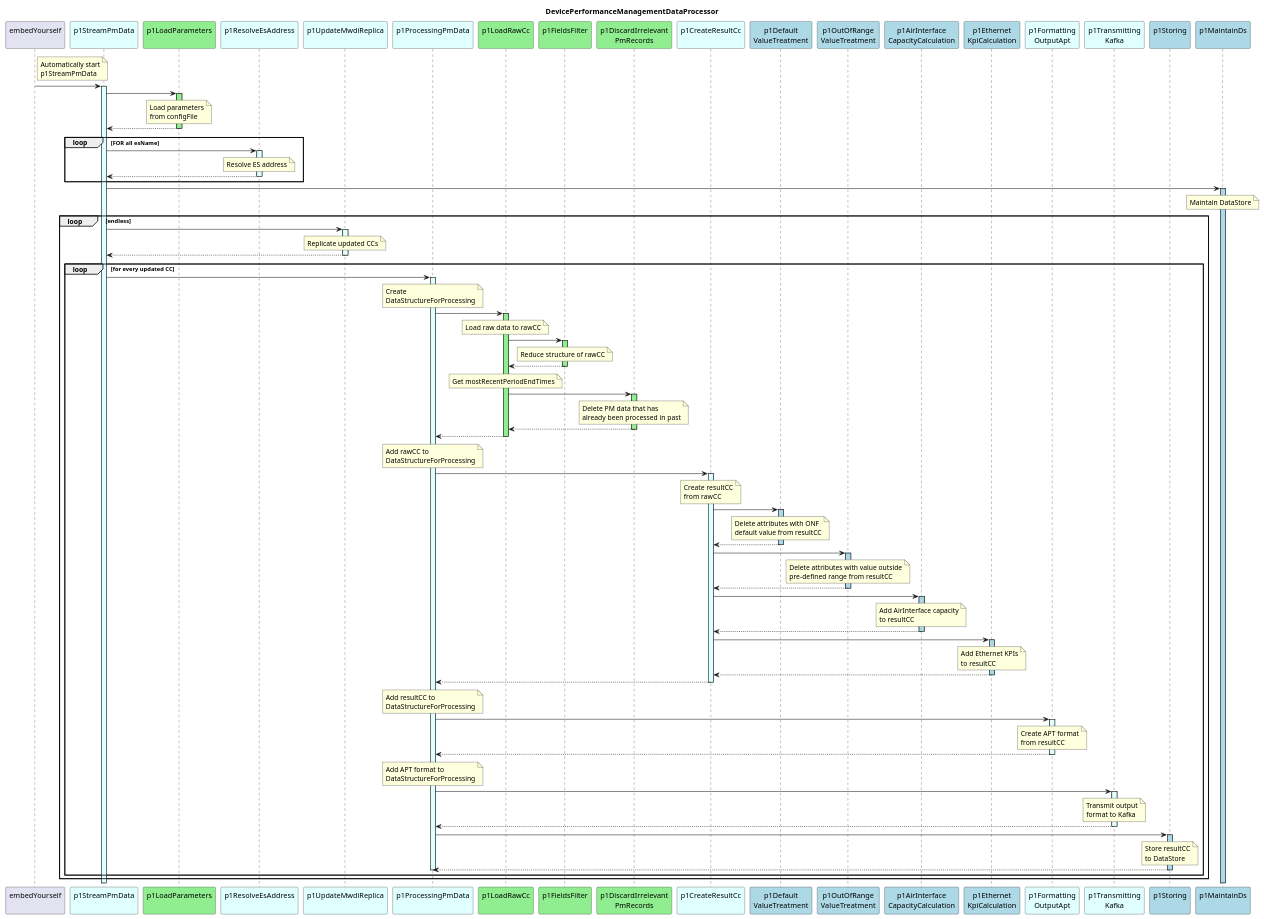
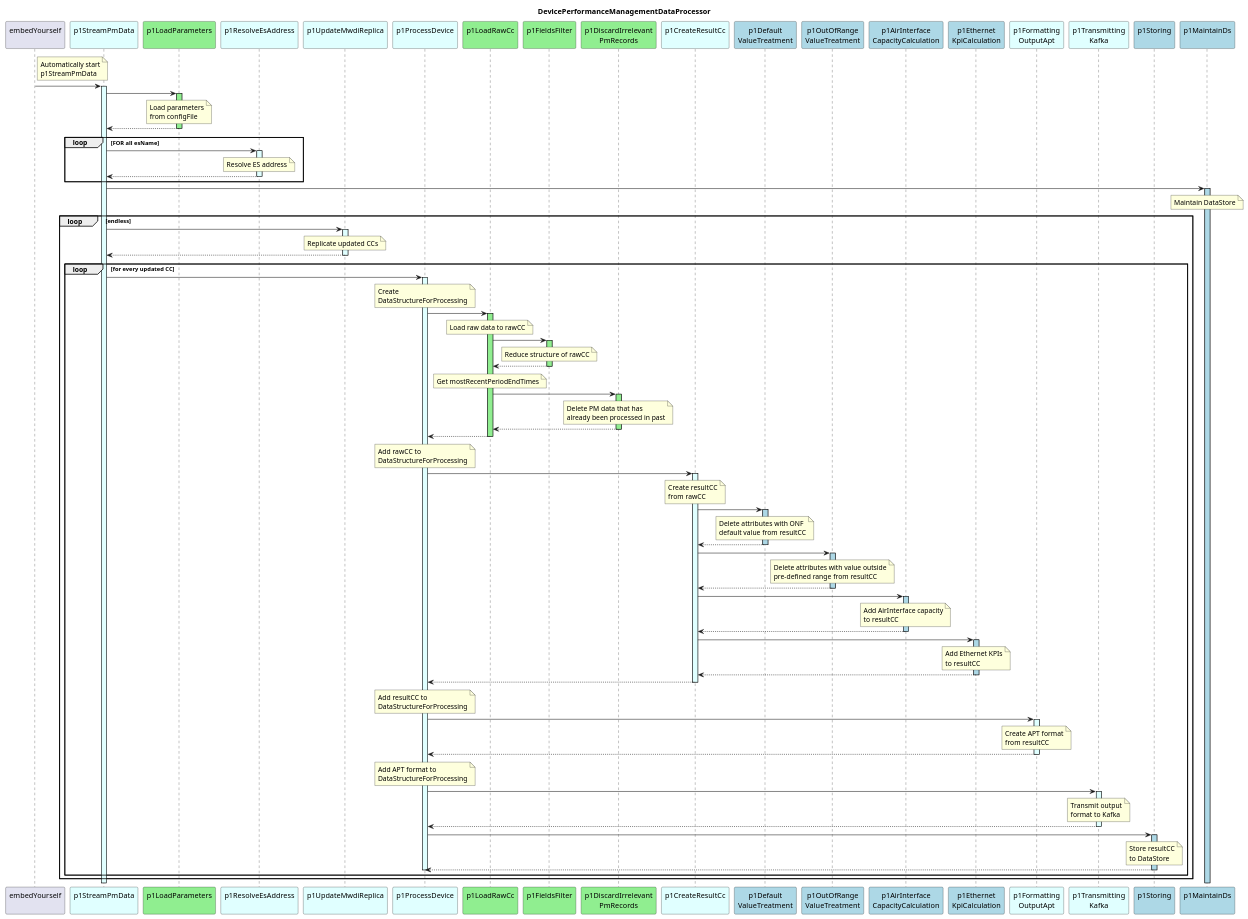
Before and after one commit to openBackhaul/DevicePerformanceManagementDataProcessor: the diagram in spec/diagrams/hl_sequence.plantuml, drawn with PlantUML. The commit also changed 32 other files, not shown here.

Commit message:
Rename from p1ProcessingPmData to p1ProcessDevice

```diff
--- a/spec/diagrams/hl_sequence.plantuml
+++ b/spec/diagrams/hl_sequence.plantuml
@@ -11,7 +11,7 @@
 participant "p1ResolveEsAddress\n" as p1REA #LightCyan
 participant "p1UpdateMwdiReplica\n" as p1UMR #LightCyan
 
-participant "p1ProcessingPmData\n" as p1ProcessPm #LightCyan
+participant "p1ProcessDevice\n" as p1ProcessPm #LightCyan
 
 participant "p1LoadRawCc\n" as p1AddRaw #LightGreen
 participant "p1FieldsFilter\n" as p1FieldsFilter #LightGreen
```
